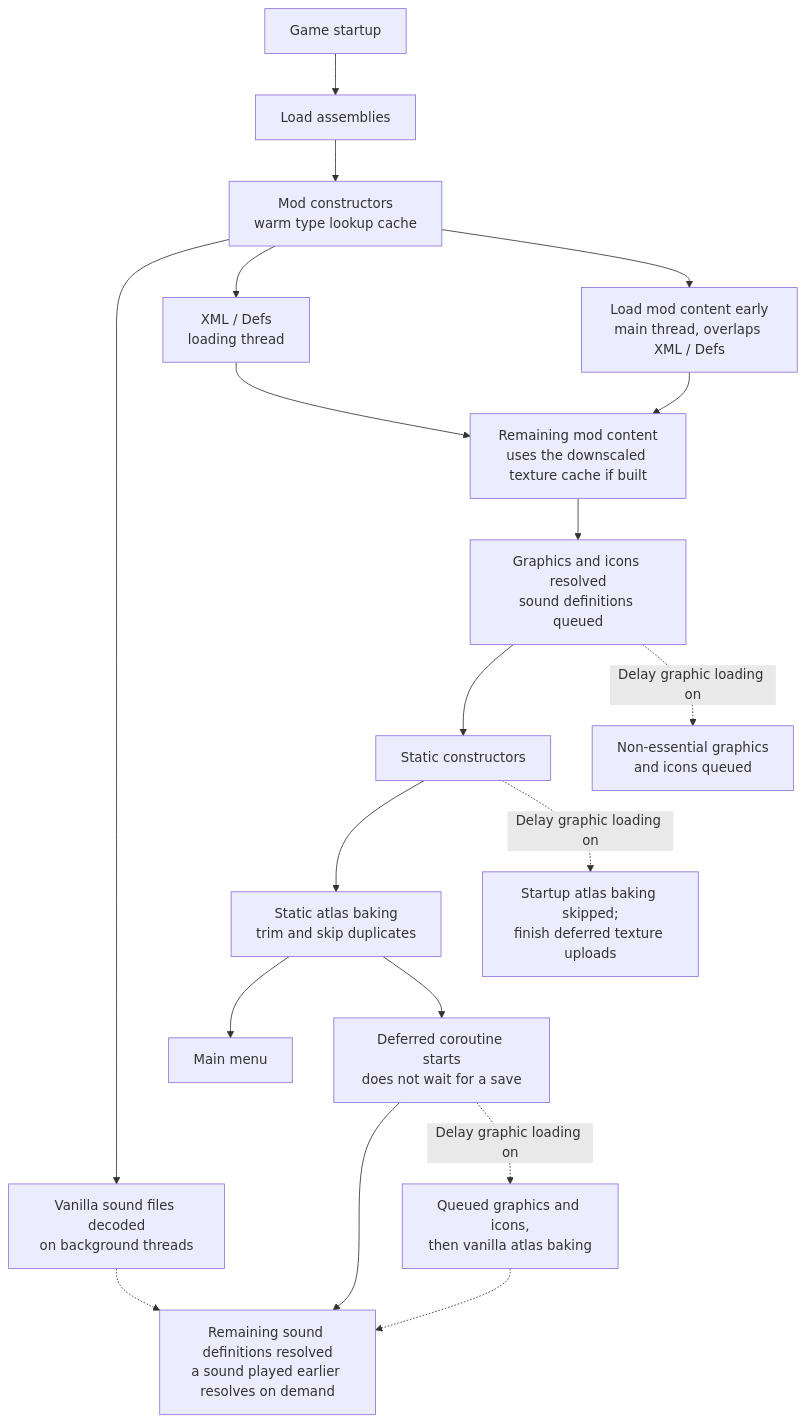
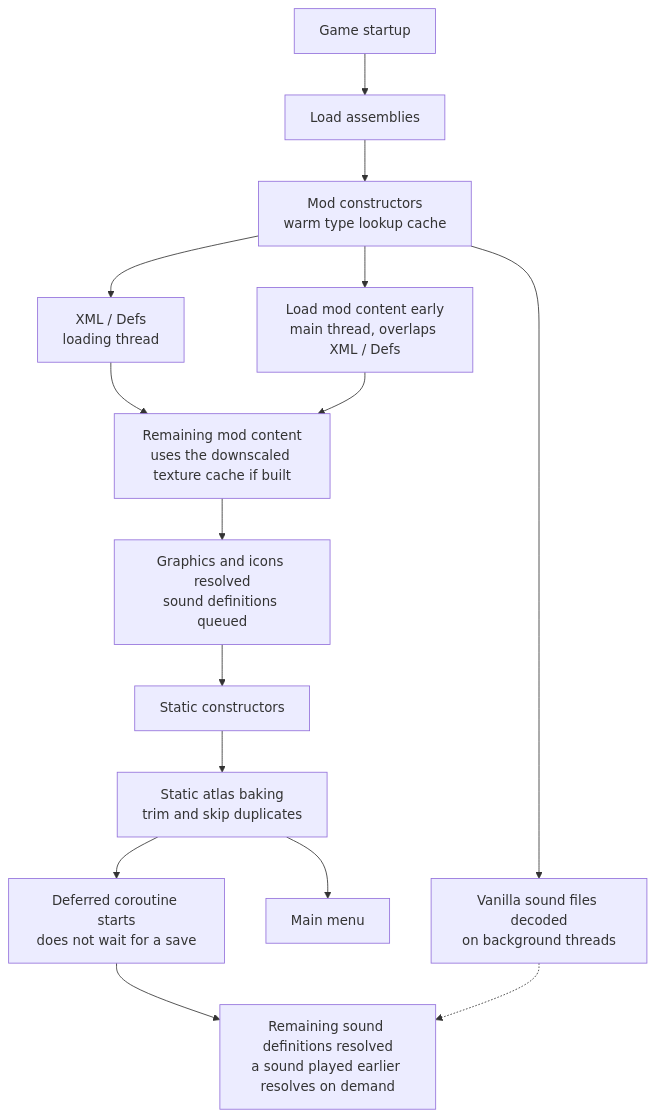
One commit to mushroomTW/FasterGameLoading---Continued changed the diagram in 1.7/README.md. Above: the diagram before and after it, drawn with Mermaid. The commit also changed other lines of this file and 62 other files, not shown here.

First line of the commit message:
refactor(1.7): 移除延遲圖形載入並修正審查發現的問題

````diff
--- a/1.7/README.md
+++ b/1.7/README.md
@@ -20,21 +20,17 @@
 ```mermaid
 graph TD
     A[Game startup] --> B[Load assemblies]
     B --> C[Mod constructors<br/>warm type lookup cache]
     C --> S[Vanilla sound files decoded<br/>on background threads]
     C --> D[XML / Defs<br/>loading thread]
     C --> E[Load mod content early<br/>main thread, overlaps XML / Defs]
     D --> F[Remaining mod content<br/>uses the downscaled texture cache if built]
     E --> F
     F --> G[Graphics and icons resolved<br/>sound definitions queued]
     G --> H[Static constructors]
     H --> I[Static atlas baking<br/>trim and skip duplicates]
     I --> J[Main menu]
     I --> K[Deferred coroutine starts<br/>does not wait for a save]
     K --> L[Remaining sound definitions resolved<br/>a sound played earlier resolves on demand]
     S -.-> L
-    G -. Delay graphic loading on .-> M[Non-essential graphics<br/>and icons queued]
-    H -. Delay graphic loading on .-> N[Startup atlas baking skipped;<br/>finish deferred texture uploads]
-    K -. Delay graphic loading on .-> O[Queued graphics and icons,<br/>then vanilla atlas baking]
-    O -.-> L
 ```
````
